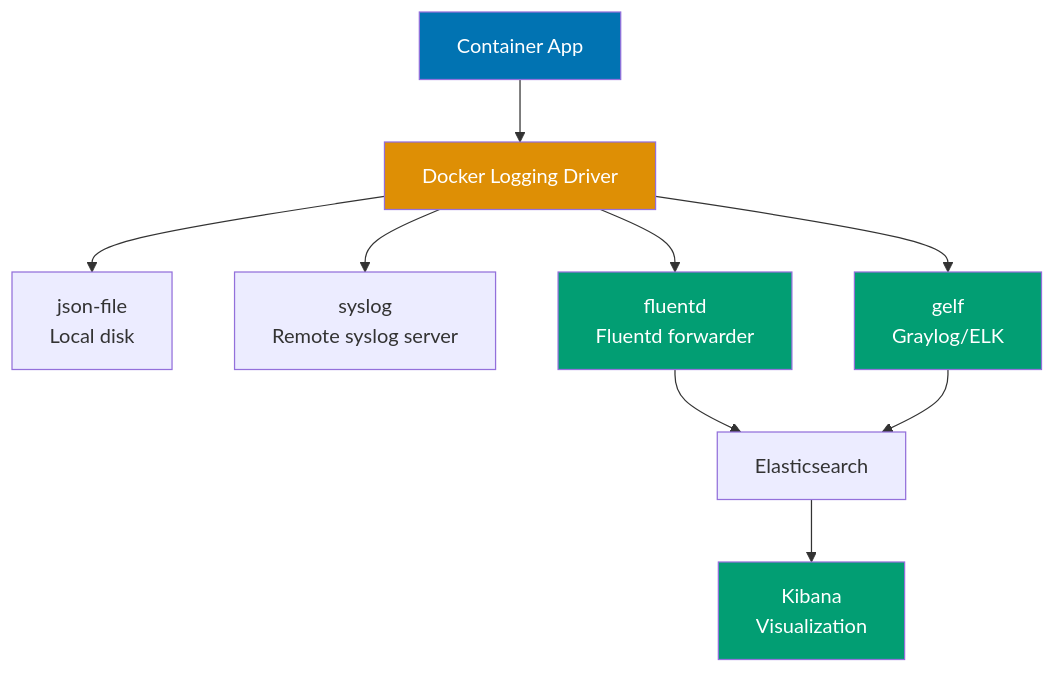
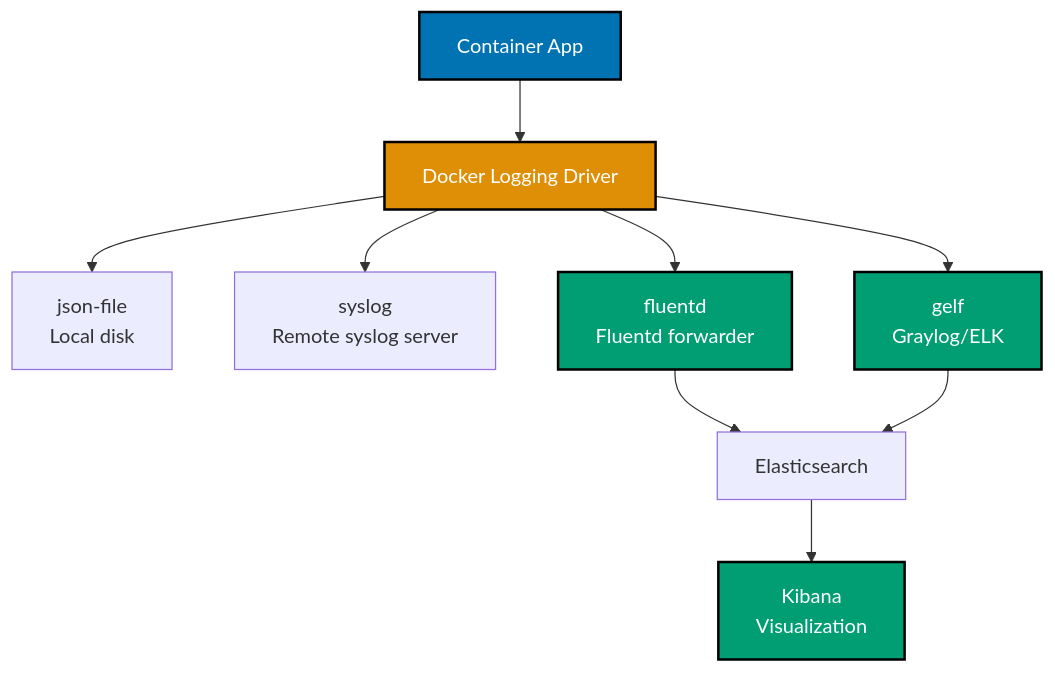
One commit to wahidyankf/open-sharia-enterprise changed the ninth of 11 diagrams in apps/ayokoding-web/content/en/learn/software-engineering/infrastructure/tools/docker/by-example/intermediate.md. Above: the diagram before and after it, drawn with Mermaid. The commit also changed other lines of this file and 25 other files, not shown here.

````diff
--- a/apps/ayokoding-web/content/en/learn/software-engineering/infrastructure/tools/docker/by-example/intermediate.md
+++ b/apps/ayokoding-web/content/en/learn/software-engineering/infrastructure/tools/docker/by-example/intermediate.md
@@ -1744,18 +1752,19 @@
 ```mermaid
+%% Color Palette: Blue #0173B2, Orange #DE8F05, Teal #029E73, Purple #CC78BC, Brown #CA9161
 %% Logging drivers flow
 graph TD
  A["Container App"] --> B["Docker Logging Driver"]
  B --> C1["json-file<br/>Local disk"]
  B --> C2["syslog<br/>Remote syslog server"]
  B --> C3["fluentd<br/>Fluentd forwarder"]
  B --> C4["gelf<br/>Graylog/ELK"]
  C3 --> D["Elasticsearch"]
  C4 --> D
  D --> E["Kibana<br/>Visualization"]
 
- style A fill:#0173B2,color:#fff
- style B fill:#DE8F05,color:#fff
- style C3 fill:#029E73,color:#fff
- style C4 fill:#029E73,color:#fff
- style E fill:#029E73,color:#fff
+ style A fill:#0173B2,stroke:#000000,stroke-width:2px,color:#fff
+ style B fill:#DE8F05,stroke:#000000,stroke-width:2px,color:#fff
+ style C3 fill:#029E73,stroke:#000000,stroke-width:2px,color:#fff
+ style C4 fill:#029E73,stroke:#000000,stroke-width:2px,color:#fff
+ style E fill:#029E73,stroke:#000000,stroke-width:2px,color:#fff
 ```
````
